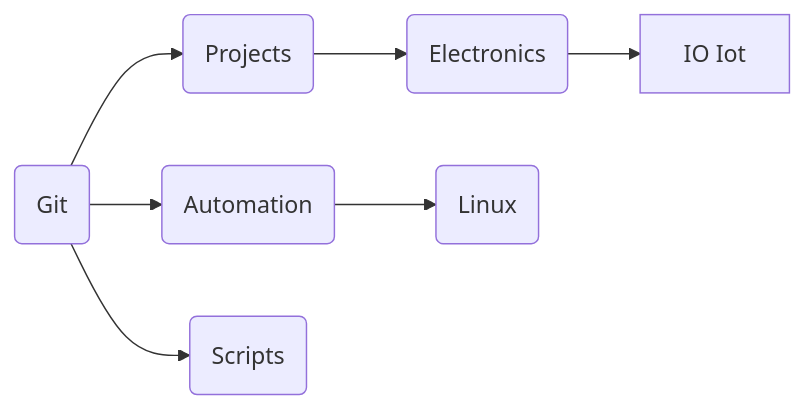
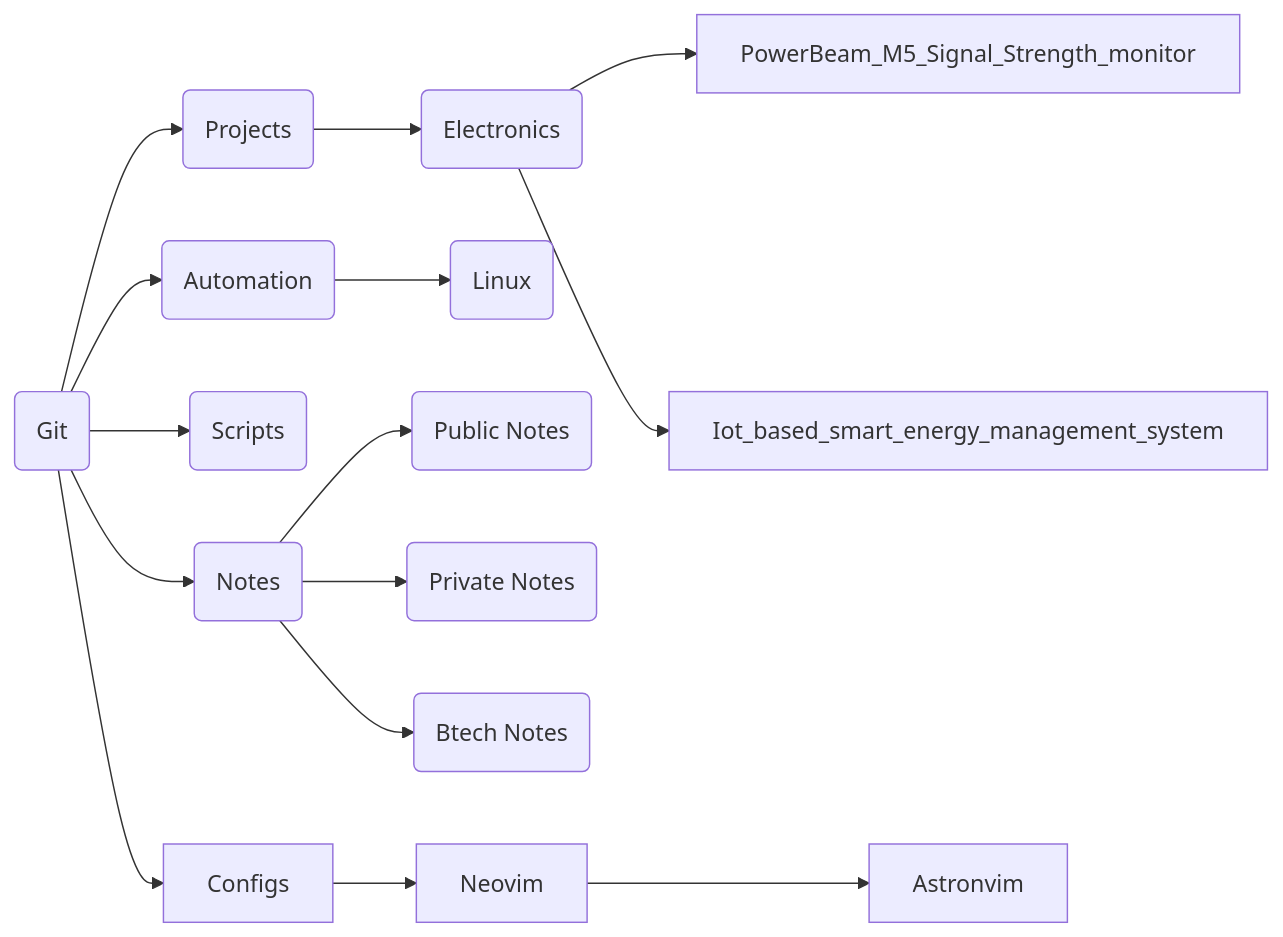
Before and after one commit to aruncs31s/aruncs31s: the diagram in Navigation.md.md, drawn with Mermaid.

Commit message:
Backup Sat Jul 20 11:15:51 PM IST 2024

````diff
--- a/Navigation.md.md
+++ b/Navigation.md.md
@@ -1,11 +1,25 @@
 ```mermaid
 
-graph LR 
-A(Git) --> B(Projects) 
-B --> F(Electronics) 
-A --> C(Automation) 
-C --> D(Linux) 
-A --> E(Scripts) 
-F --> G[IO Iot]
-click G "https://iot.com" "Go to Iot"
+graph LR
+A(Git) --> B(Projects)
+B --> F(Electronics)
+A --> C(Automation)
+C --> D(Linux)
+A --> E(Scripts)
+A --> N(Notes)
+F --> G[PowerBeam_M5_Signal_Strength_monitor ]
+click G "https://github.com/aruncs31s/PowerBeam_M5_Signal_Strength_monitor" "Goto Link"
+
+F --> H[Iot_based_smart_energy_management_system]
+N --> L(Public Notes)
+N --> M(Private Notes)
+N --> O(Btech Notes)
+
+A --> P[Configs]
+P --> Q[Neovim]
+Q --> QQ[Astronvim]
+
+click L "https://github.com/aruncs31s/Notes" "Notes"
+click M "https://github.com/aruncs31s/Private_Notes" "Private Notes"
+click O "https://github.com/aruncs31s/BtechEC" "Btech Notes"
 ```
````
